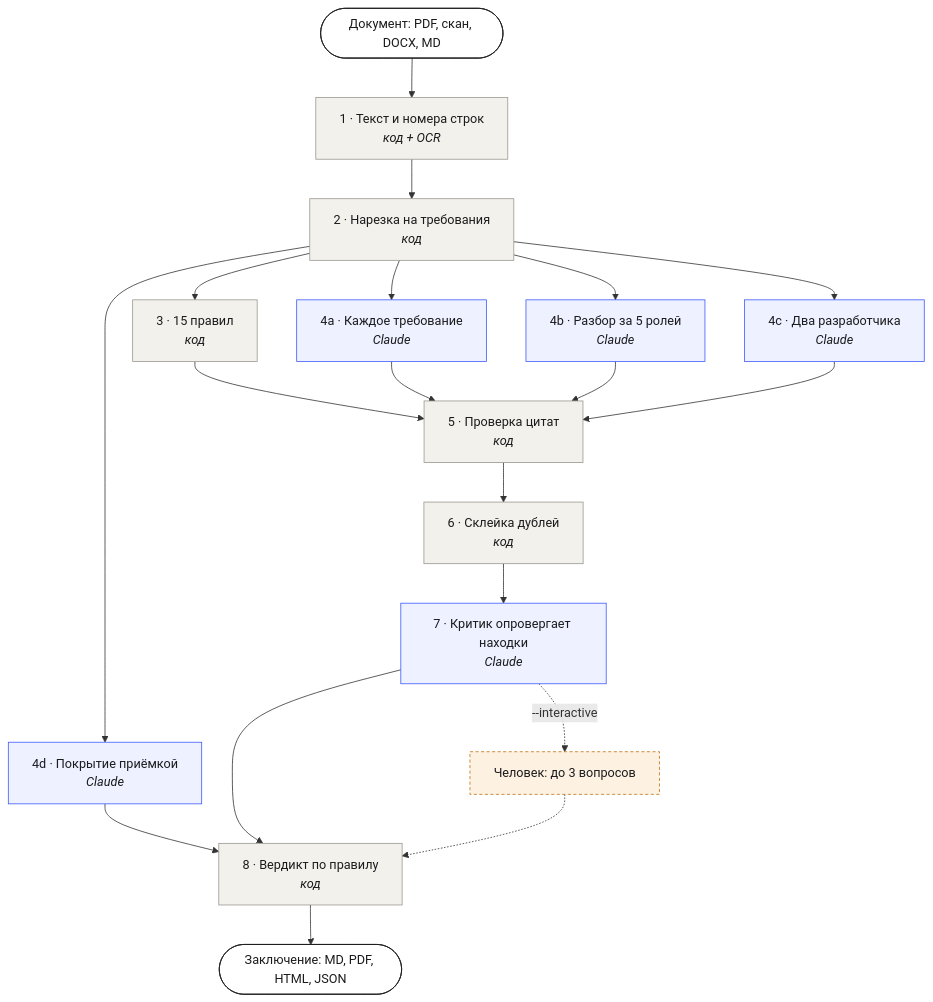
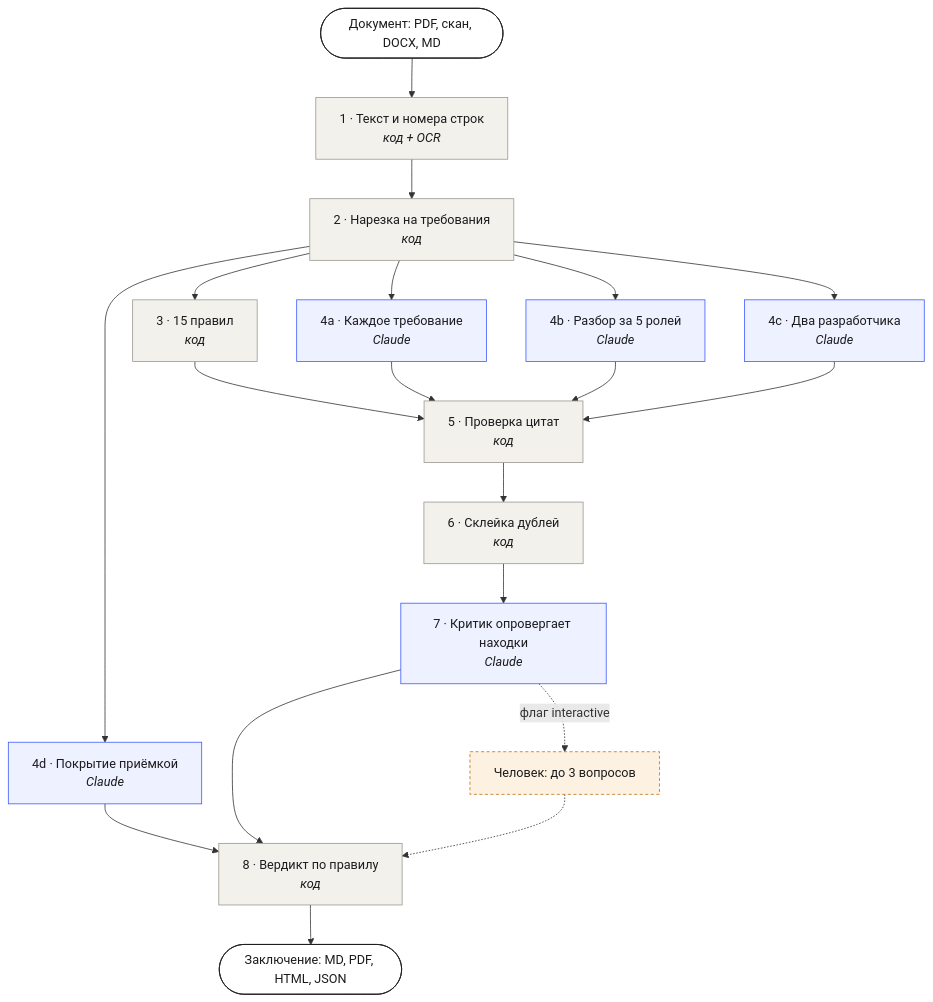
One commit to Aldibek/AI_agent_hack changed the diagram in README.md. Above: the diagram before and after it, drawn with Mermaid. The commit also changed other lines of this file and 2 other files, not shown here.

Commit message:
Architecture graph as an image in README and submission/README (Mermaid source kept below)

````diff
--- a/README.md
+++ b/README.md
@@ -29,29 +33,29 @@
 ```mermaid
 flowchart TD
     IN([Документ: PDF, скан, DOCX, MD]) --> ING[1 · Текст и номера строк<br/><i>код + OCR</i>]
     ING --> SEG[2 · Нарезка на требования<br/><i>код</i>]
     SEG --> RUL[3 · 15 правил<br/><i>код</i>]
     SEG --> P1[4a · Каждое требование<br/><i>Claude</i>]
     SEG --> P2[4b · Разбор за 5 ролей<br/><i>Claude</i>]
     SEG --> P3[4c · Два разработчика<br/><i>Claude</i>]
     SEG --> AC[4d · Покрытие приёмкой<br/><i>Claude</i>]
     RUL --> GR[5 · Проверка цитат<br/><i>код</i>]
     P1 --> GR
     P2 --> GR
     P3 --> GR
     AC --> VER
     GR --> MRG[6 · Склейка дублей<br/><i>код</i>]
     MRG --> CR[7 · Критик опровергает находки<br/><i>Claude</i>]
     CR --> VER[8 · Вердикт по правилу<br/><i>код</i>]
     VER --> OUT([Заключение: MD, PDF, HTML, JSON])
-    CR -. --interactive .-> HUM[Человек: до 3 вопросов]
+    CR -. флаг interactive .-> HUM[Человек: до 3 вопросов]
     HUM -.-> VER
     classDef llm fill:#eef1ff,stroke:#3d5afe,color:#1b1b1d
     classDef code fill:#f3f1ec,stroke:#9a978f,color:#1b1b1d
     classDef io fill:#ffffff,stroke:#1b1b1d,color:#1b1b1d
     classDef human fill:#fdf1e2,stroke:#c27412,color:#1b1b1d,stroke-dasharray:4 3
     class P1,P2,P3,AC,CR llm
     class ING,SEG,RUL,GR,MRG,VER code
     class IN,OUT io
     class HUM human
 ```
````
